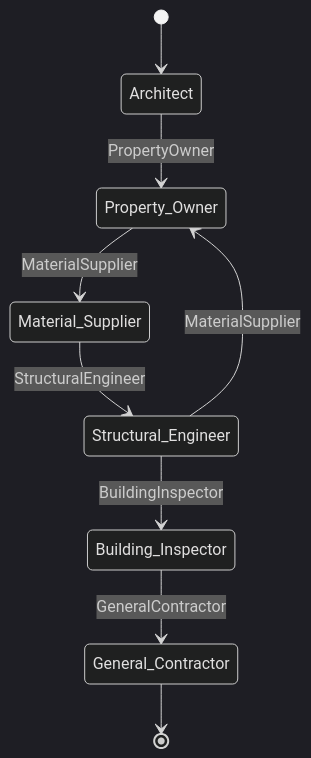
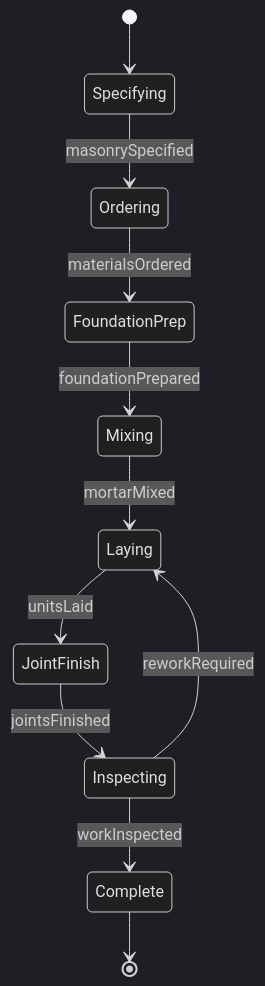
Before and after one commit to dot-org-ai/tasks.org.ai: the second of 4 diagrams in HandlingAndMovingObjects/BuildStructures/InstallMasonryMaterials.mdx, drawn with Mermaid (dark theme). The commit also changed other lines of this file and 515 other files, not shown here.

````diff
--- a/HandlingAndMovingObjects/BuildStructures/InstallMasonryMaterials.mdx
+++ b/HandlingAndMovingObjects/BuildStructures/InstallMasonryMaterials.mdx
@@ -101,11 +99,13 @@
 ```mermaid
 stateDiagram-v2
-    [*] --> Architect
-    Architect --> Property_Owner: PropertyOwner
-    Property_Owner --> Material_Supplier: MaterialSupplier
-    Material_Supplier --> Structural_Engineer: StructuralEngineer
-    Structural_Engineer --> Building_Inspector: BuildingInspector
-    Building_Inspector --> General_Contractor: GeneralContractor
-    Structural_Engineer --> Property_Owner: MaterialSupplier
-    General_Contractor --> [*]
+    [*] --> Specifying
+    Specifying --> Ordering : masonrySpecified
+    Ordering --> FoundationPrep : materialsOrdered
+    FoundationPrep --> Mixing : foundationPrepared
+    Mixing --> Laying : mortarMixed
+    Laying --> JointFinish : unitsLaid
+    JointFinish --> Inspecting : jointsFinished
+    Inspecting --> Complete : workInspected
+    Inspecting --> Laying : reworkRequired
+    Complete --> [*]
 ```
````
